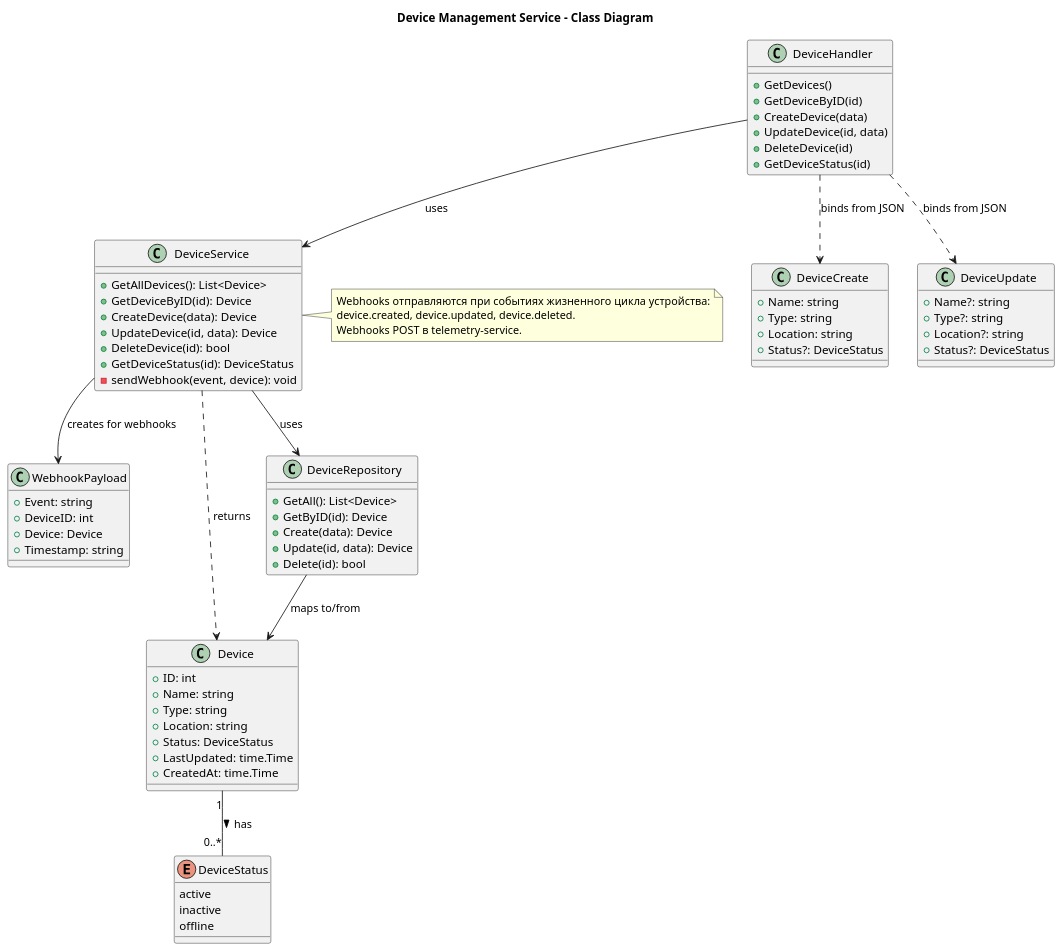
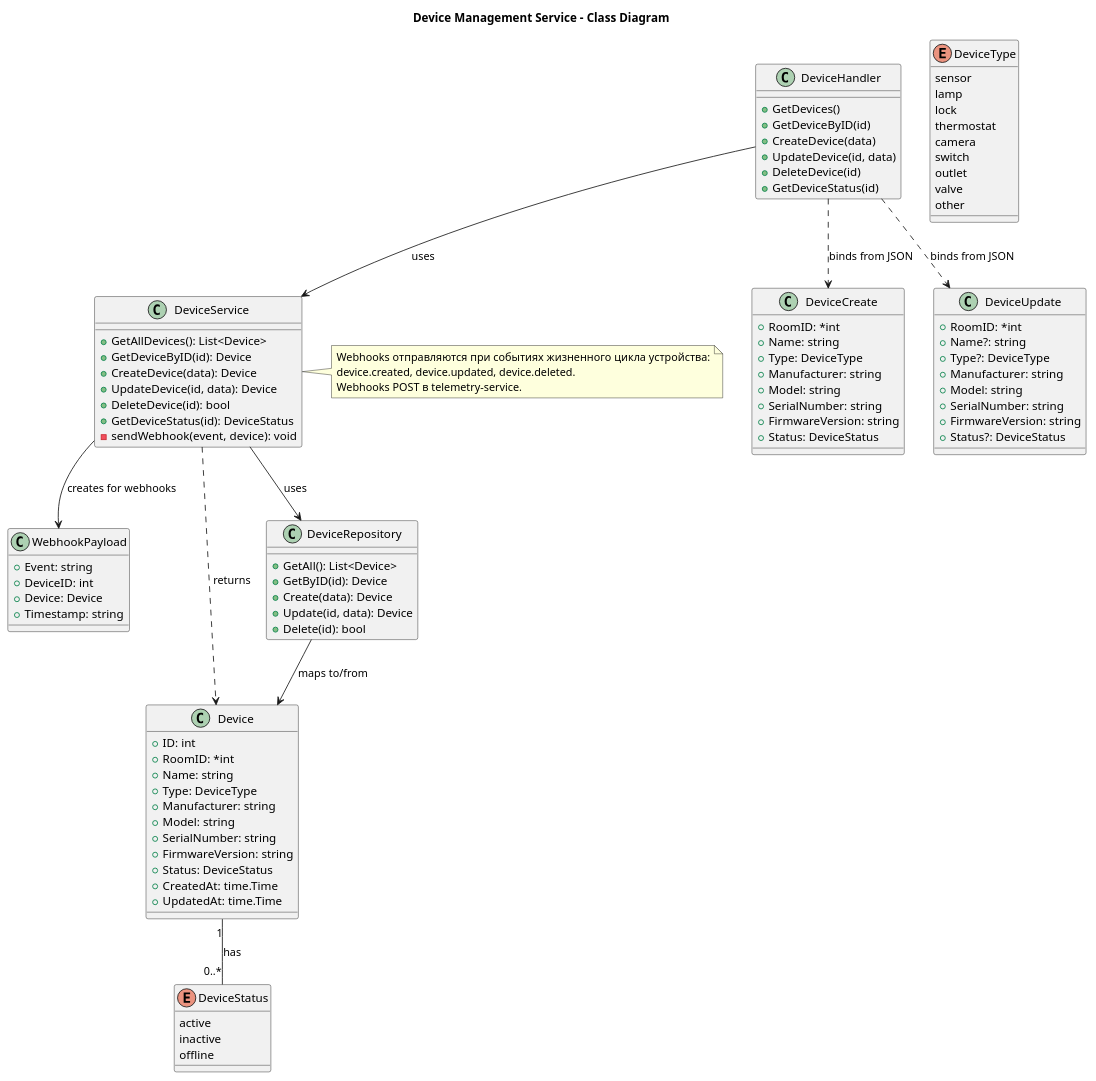
The diagram in docs/to-be/c4-code-device-management.puml (stebikhov/architecture-pro-warmhouse), drawn with PlantUML before and after one commit. The commit also changed 43 other files, not shown here.

Commit message:
Fix build and extends ER model

```diff
--- a/docs/to-be/c4-code-device-management.puml
+++ b/docs/to-be/c4-code-device-management.puml
@@ -1,92 +1,108 @@
-@startuml
+@startuml Device Management Service
 title Device Management Service - Class Diagram
 
-' Перечисления
+enum DeviceType {
+    sensor
+    lamp
+    lock
+    thermostat
+    camera
+    switch
+    outlet
+    valve
+    other
+}
+
 enum DeviceStatus {
     active
     inactive
     offline
 }
 
-' DTO для запросов
 class DeviceCreate {
+    +RoomID: *int
     +Name: string
-    +Type: string
-    +Location: string
+    +Type: DeviceType
+    +Manufacturer: string
+    +Model: string
+    +SerialNumber: string
+    +FirmwareVersion: string
+    +Status: DeviceStatus
+}
+
+class DeviceUpdate {
+    +RoomID: *int
+    +Name?: string
+    +Type?: DeviceType
+    +Manufacturer: string
+    +Model: string
+    +SerialNumber: string
+    +FirmwareVersion: string
     +Status?: DeviceStatus
 }
 
-class DeviceUpdate {
-    +Name?: string
-    +Type?: string
-    +Location?: string
-    +Status?: DeviceStatus
-}
-
-' Внутренние DTO
 class WebhookPayload {
     +Event: string
     +DeviceID: int
     +Device: Device
     +Timestamp: string
 }
 
-' Основная сущность
 class Device {
     +ID: int
+    +RoomID: *int
     +Name: string
-    +Type: string
-    +Location: string
+    +Type: DeviceType
+    +Manufacturer: string
+    +Model: string
+    +SerialNumber: string
+    +FirmwareVersion: string
     +Status: DeviceStatus
-    +LastUpdated: time.Time
     +CreatedAt: time.Time
+    +UpdatedAt: time.Time
 }
 
-' Слой репозитория
 class DeviceRepository {
     +GetAll(): List<Device>
     +GetByID(id): Device
     +Create(data): Device
     +Update(id, data): Device
     +Delete(id): bool
 }
 
-' Сервисный слой
 class DeviceService {
     +GetAllDevices(): List<Device>
     +GetDeviceByID(id): Device
     +CreateDevice(data): Device
     +UpdateDevice(id, data): Device
     +DeleteDevice(id): bool
     +GetDeviceStatus(id): DeviceStatus
     -sendWebhook(event, device): void
 }
 
-' Контроллер (Handler)
 class DeviceHandler {
     +GetDevices()
     +GetDeviceByID(id)
     +CreateDevice(data)
     +UpdateDevice(id, data)
     +DeleteDevice(id)
     +GetDeviceStatus(id)
 }
 
-' Связи
-Device "1" -- "0..*" DeviceStatus : has >
+Device "1" -- "0..*" DeviceStatus : has
 DeviceRepository --> Device : maps to/from
 DeviceService --> DeviceRepository : uses
 DeviceHandler --> DeviceService : uses
 
 DeviceHandler ..> DeviceCreate : binds from JSON
 DeviceHandler ..> DeviceUpdate : binds from JSON
 
 DeviceService --> WebhookPayload : creates for webhooks
 DeviceService ..> Device : returns
 
 note right of DeviceService
   Webhooks отправляются при событиях жизненного цикла устройства:
   device.created, device.updated, device.deleted.
   Webhooks POST в telemetry-service.
 end note
 @enduml
```
